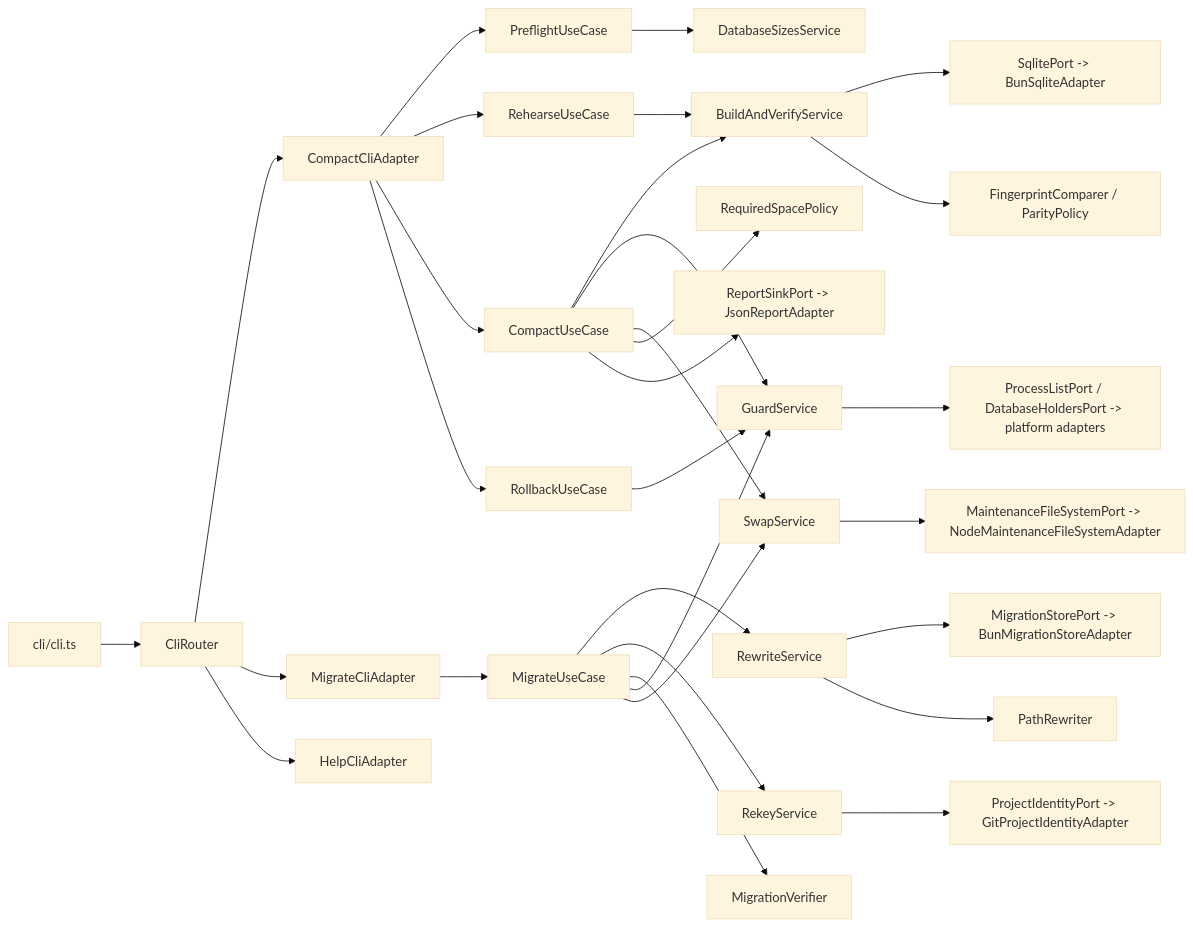
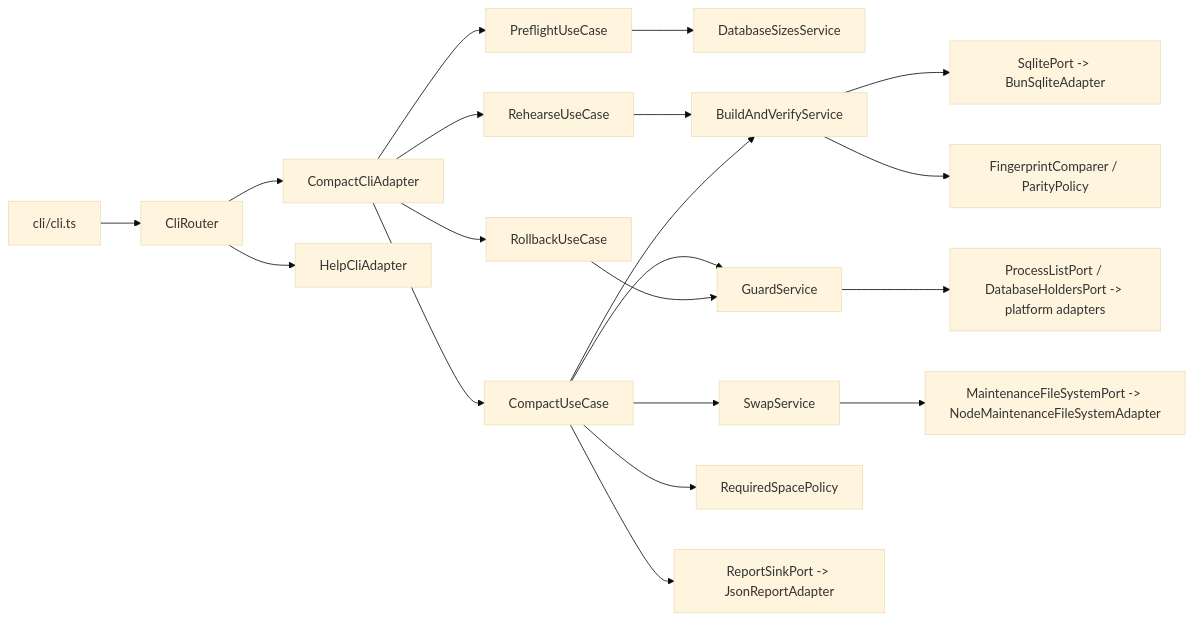
Before and after one commit to mavasbel-devtools/opencode-session-manager: the second of 3 diagrams in README.md, drawn with Mermaid (base theme). The commit also changed other lines of this file and 71 other files, not shown here.

````diff
--- a/README.md
+++ b/README.md
@@ -325,32 +358,22 @@
 ```mermaid
 flowchart LR
     CLI[cli/cli.ts] --> ROUTER[CliRouter]
     ROUTER --> CC[CompactCliAdapter]
-    ROUTER --> MC[MigrateCliAdapter]
     ROUTER --> HC[HelpCliAdapter]
     CC --> PF[PreflightUseCase]
     CC --> RH[RehearseUseCase]
     CC --> CP[CompactUseCase]
     CC --> RB[RollbackUseCase]
-    MC --> MG[MigrateUseCase]
     PF --> SZ[DatabaseSizesService]
     RH --> BV[BuildAndVerifyService]
     CP --> BV
     CP --> GD[GuardService]
     CP --> SW[SwapService]
     RB --> GD
-    MG --> RW[RewriteService]
-    MG --> RK[RekeyService]
-    MG --> MV[MigrationVerifier]
-    MG --> GD
-    MG --> SW
     BV --> SQ[SqlitePort -> BunSqliteAdapter]
     BV --> FP[FingerprintComparer / ParityPolicy]
     CP --> RS[RequiredSpacePolicy]
     CP --> REP[ReportSinkPort -> JsonReportAdapter]
-    RW --> MS[MigrationStorePort -> BunMigrationStoreAdapter]
-    RW --> PW[PathRewriter]
-    RK --> PI[ProjectIdentityPort -> GitProjectIdentityAdapter]
     GD --> PL[ProcessListPort / DatabaseHoldersPort -> platform adapters]
     SW --> FSM[MaintenanceFileSystemPort -> NodeMaintenanceFileSystemAdapter]
 ```
````
